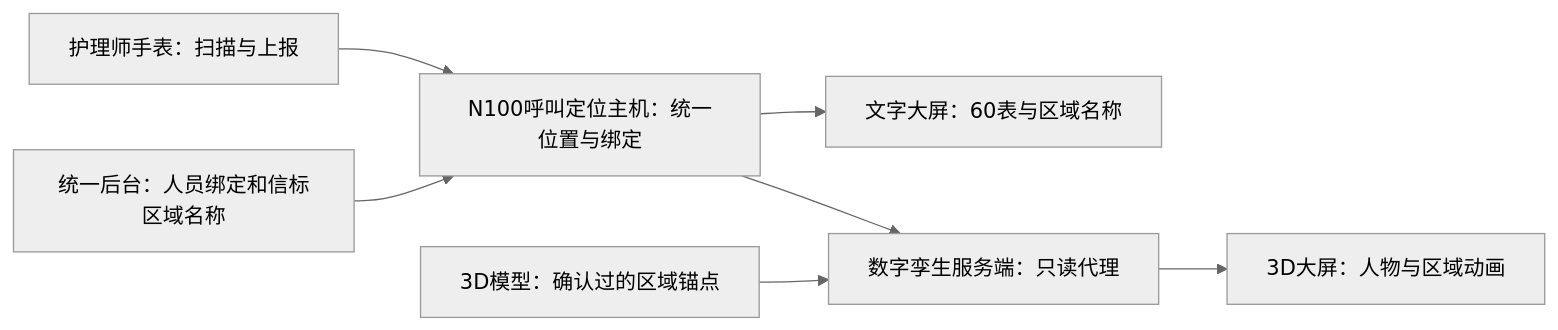
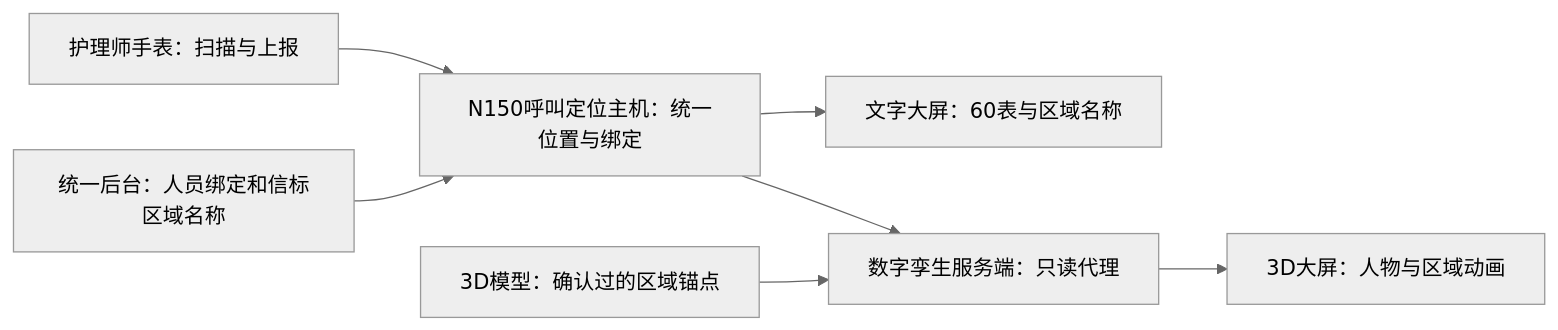
Before and after one commit to Alston3825/banyuexuan-call-location: the diagram in development/bycall/docs/19-护士站文字与3D双屏同源设计.md, drawn with Mermaid (neutral theme). The commit also changed other lines of this file and 60 other files, not shown here.

````diff
--- a/development/bycall/docs/19-护士站文字与3D双屏同源设计.md
+++ b/development/bycall/docs/19-护士站文字与3D双屏同源设计.md
@@ -11,9 +11,9 @@
 ```mermaid
 flowchart LR
-  W[护理师手表：扫描与上报] --> M[N100呼叫定位主机：统一位置与绑定]
+  W[护理师手表：扫描与上报] --> M[N150呼叫定位主机：统一位置与绑定]
   M --> T[文字大屏：60表与区域名称]
   M --> P[数字孪生服务端：只读代理]
   P --> D[3D大屏：人物与区域动画]
   A[统一后台：人员绑定和信标区域名称] --> M
   S[3D模型：确认过的区域锚点] --> P
 ```
````
